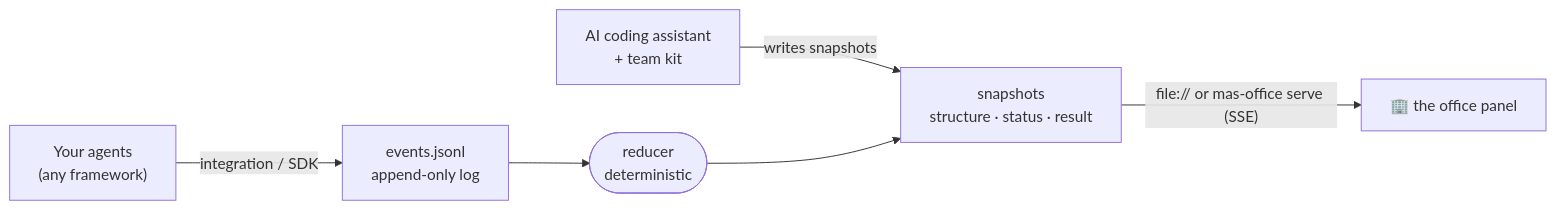
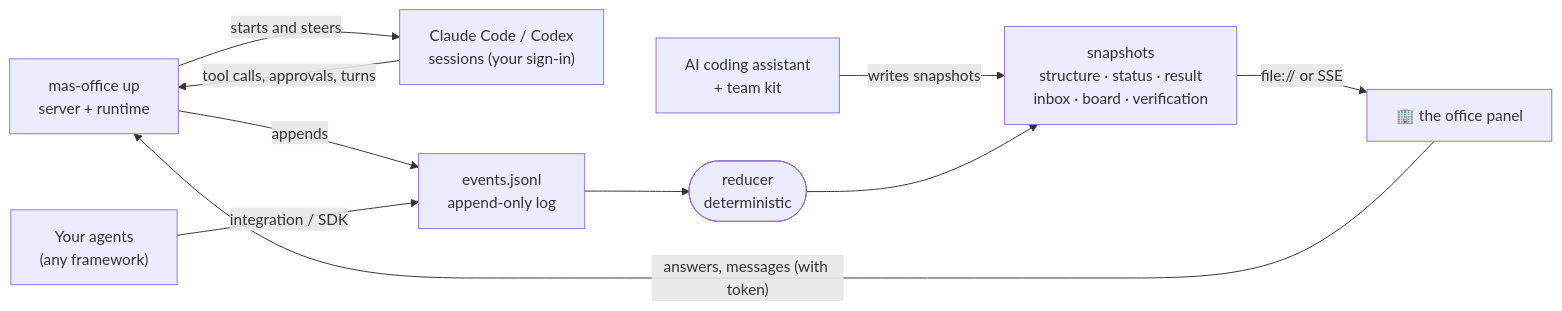
Before and after one commit to weixijia/mas-office: the diagram in README.md, drawn with Mermaid. The commit also changed other lines of this file and 183 other files, not shown here.

````diff
--- a/README.md
+++ b/README.md
@@ -216,7 +281,11 @@
 ```mermaid
 flowchart LR
-  A["Your agents<br/>(any framework)"] -- "integration / SDK" --> E["events.jsonl<br/>append-only log"]
+  U["mas-office up<br/>server + runtime"] -- "starts and steers" --> W["Claude Code / Codex<br/>sessions (your sign-in)"]
+  W -- "tool calls, approvals, turns" --> U
+  U -- "appends" --> E["events.jsonl<br/>append-only log"]
+  A["Your agents<br/>(any framework)"] -- "integration / SDK" --> E
   K["AI coding assistant<br/>+ team kit"] -- "writes snapshots" --> S
-  E --> R(["reducer<br/>deterministic"]) --> S["snapshots<br/>structure · status · result"]
-  S -- "file:// or mas-office serve (SSE)" --> P["🏢 the office panel"]
+  E --> R(["reducer<br/>deterministic"]) --> S["snapshots<br/>structure · status · result<br/>inbox · board · verification"]
+  S -- "file:// or SSE" --> P["🏢 the office panel"]
+  P -- "answers, messages (with token)" --> U
 ```
````
